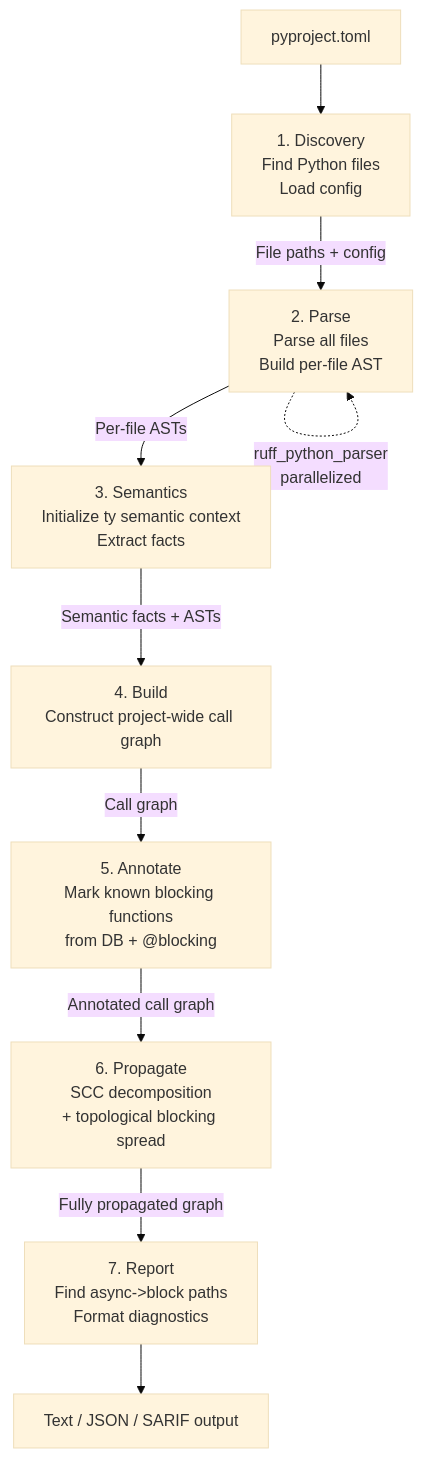
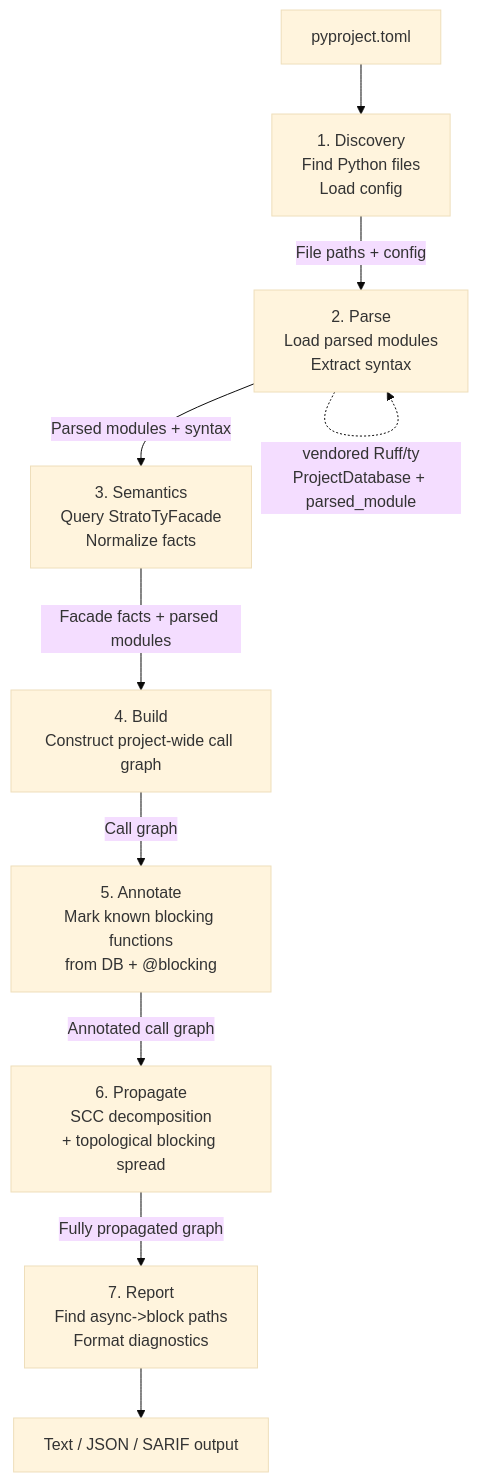
The diagram in docs/book/src/architecture-overview.md (tasercake/strato), drawn with Mermaid (base theme) before and after one commit. The commit also changed other lines of this file and 119 other files, not shown here.

````diff
--- a/docs/book/src/architecture-overview.md
+++ b/docs/book/src/architecture-overview.md
@@ -5,12 +5,12 @@
 ```mermaid
 flowchart TD
     A[pyproject.toml] --> B[1. Discovery<br/>Find Python files<br/>Load config]
-    B -->|File paths + config| C[2. Parse<br/>Parse all files<br/>Build per-file AST]
-    C -.->|ruff_python_parser<br/>parallelized| C
-    C -->|Per-file ASTs| D[3. Semantics<br/>Initialize ty semantic context<br/>Extract facts]
-    D -->|Semantic facts + ASTs| E[4. Build<br/>Construct project-wide call graph]
+    B -->|File paths + config| C[2. Parse<br/>Load parsed modules<br/>Extract syntax]
+    C -.->|vendored Ruff/ty<br/>ProjectDatabase + parsed_module| C
+    C -->|Parsed modules + syntax| D[3. Semantics<br/>Query StratoTyFacade<br/>Normalize facts]
+    D -->|Facade facts + parsed modules| E[4. Build<br/>Construct project-wide call graph]
     E -->|Call graph| F[5. Annotate<br/>Mark known blocking functions<br/>from DB + @blocking]
     F -->|Annotated call graph| G[6. Propagate<br/>SCC decomposition<br/>+ topological blocking spread]
     G -->|Fully propagated graph| H[7. Report<br/>Find async->block paths<br/>Format diagnostics]
     H --> I[Text / JSON / SARIF output]
 ```
````
